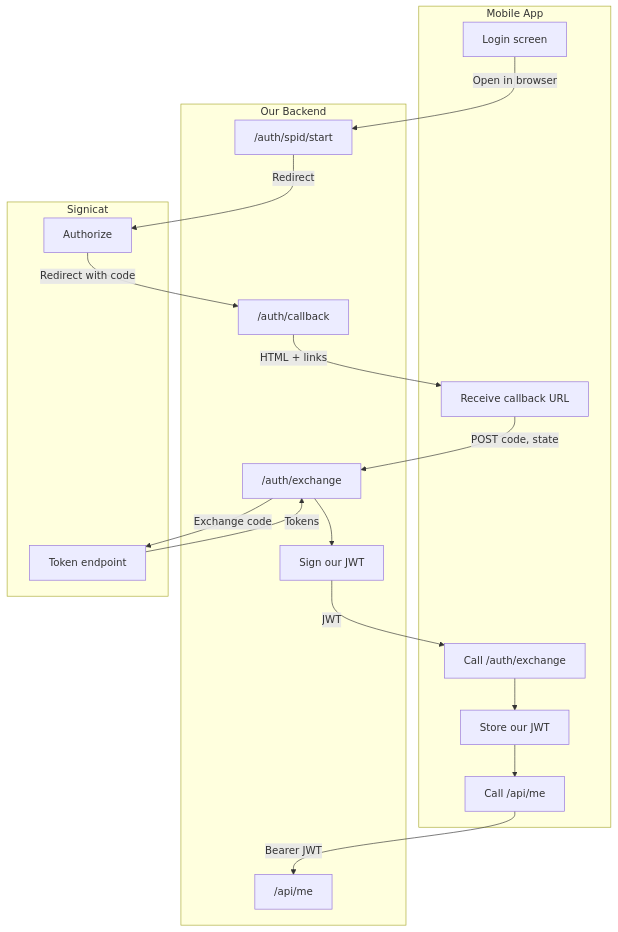
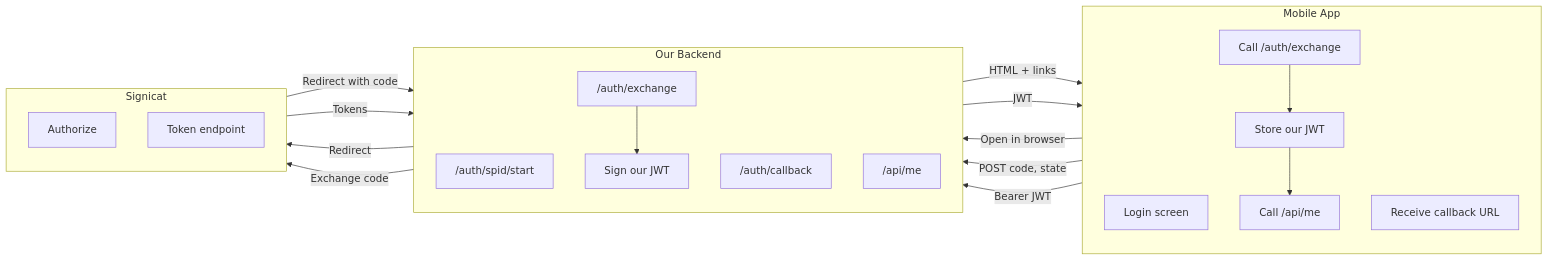
The third of 8 diagrams in DOCUMENTATION.md (ss-vijayvavdiya/ionic-spid-poc-crs), drawn with Mermaid before and after one commit. The commit also changed other lines of this file, not shown here.

Commit message:
mermaid diagram updated

````diff
--- a/DOCUMENTATION.md
+++ b/DOCUMENTATION.md
@@ -123,33 +123,37 @@
 ```mermaid
-flowchart TB
+flowchart LR
     subgraph App["Mobile App"]
+        direction TB
         A1[Login screen]
         A2[Receive callback URL]
         A3["Call /auth/exchange"]
         A4[Store our JWT]
         A5["Call /api/me"]
     end
     subgraph Backend["Our Backend"]
+        direction TB
         B1["/auth/spid/start"]
         B2["/auth/callback"]
         B3["/auth/exchange"]
         B4[Sign our JWT]
         B5["/api/me"]
     end
     subgraph Signicat["Signicat"]
+        direction TB
         S1[Authorize]
         S2[Token endpoint]
     end
+    A1 ~~~ B1 ~~~ S1
     A1 -->|"Open in browser"| B1
     B1 -->|"Redirect"| S1
     S1 -->|"Redirect with code"| B2
     B2 -->|"HTML + links"| A2
     A2 -->|"POST code, state"| B3
     B3 -->|"Exchange code"| S2
     S2 -->|"Tokens"| B3
     B3 --> B4
     B4 -->|"JWT"| A3
     A3 --> A4
     A4 --> A5
     A5 -->|"Bearer JWT"| B5
 ```
````
